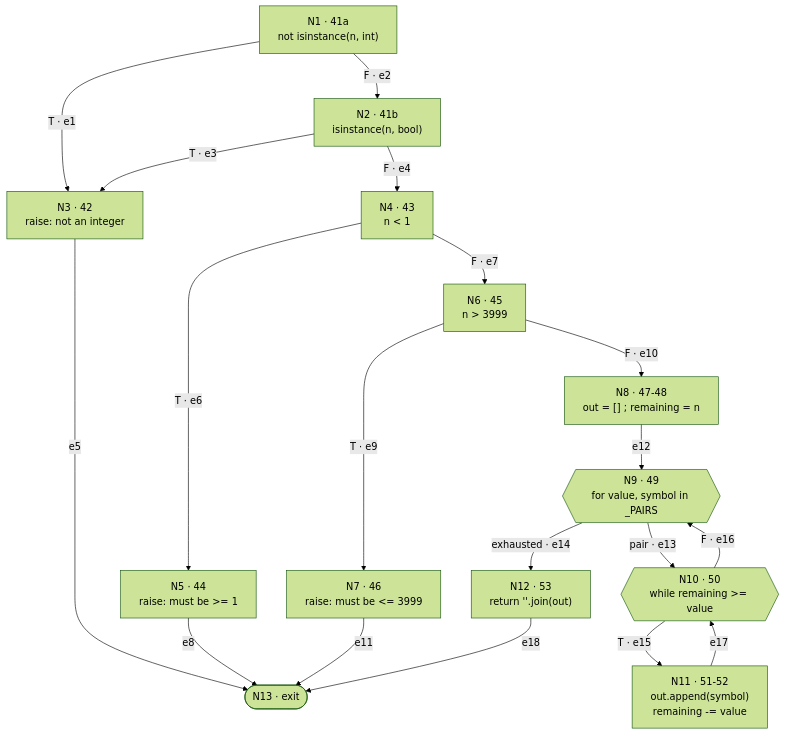
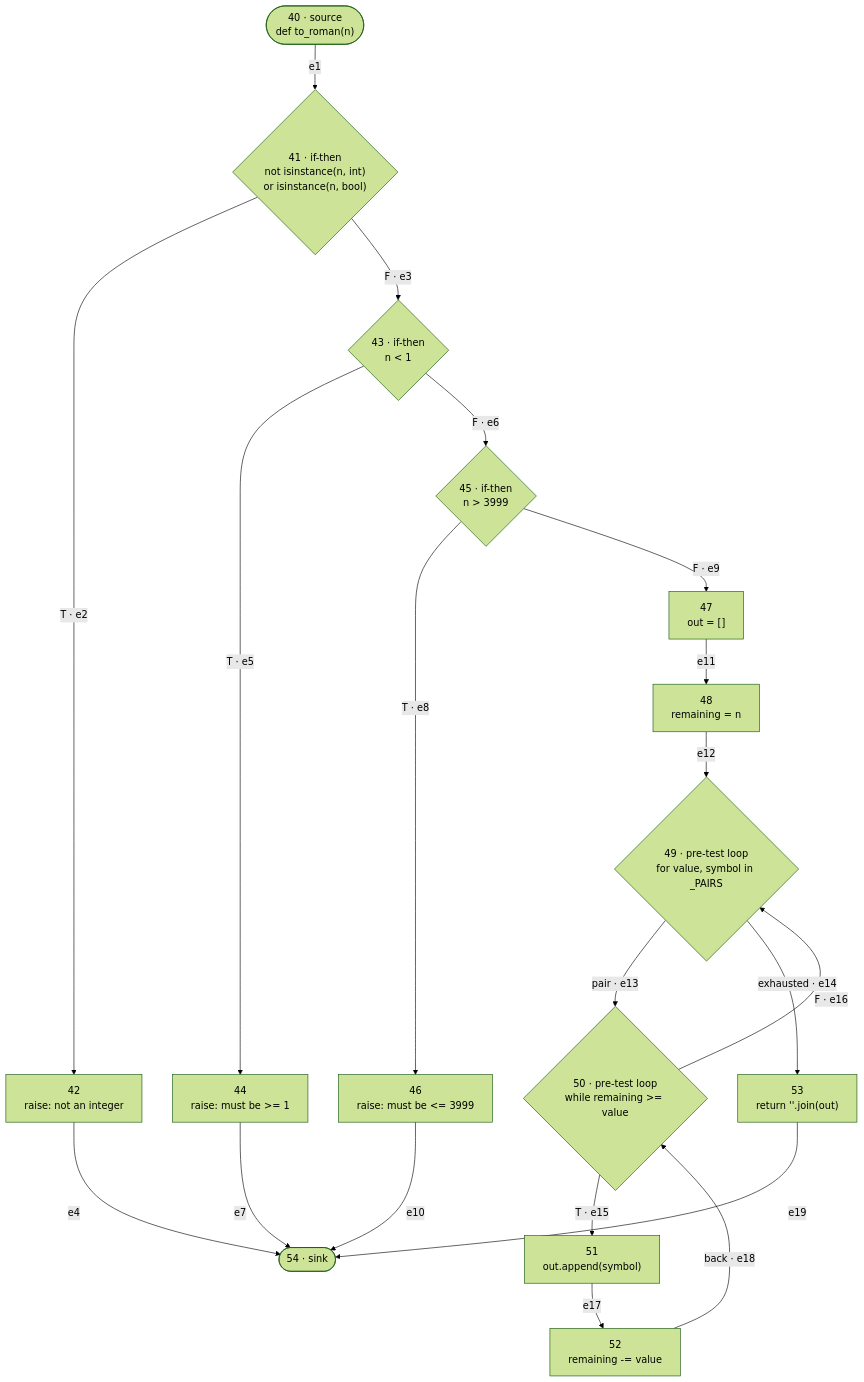
Before and after one commit to isabellaim/testing-cycle-roman-p1: the diagram in REPORT.md, drawn with Mermaid (forest theme). The commit also changed other lines of this file and 1 other file, not shown here.

First line of the commit message:
docs: redraw the program graph without decomposing the compound predicate

````diff
--- a/REPORT.md
+++ b/REPORT.md
@@ -111,35 +128,38 @@
 ```mermaid
 flowchart TD
-    N1["N1 · 41a<br/>not isinstance(n, int)"]
-    N2["N2 · 41b<br/>isinstance(n, bool)"]
-    N3["N3 · 42<br/>raise: not an integer"]
-    N4["N4 · 43<br/>n < 1"]
-    N5["N5 · 44<br/>raise: must be >= 1"]
-    N6["N6 · 45<br/>n > 3999"]
-    N7["N7 · 46<br/>raise: must be <= 3999"]
-    N8["N8 · 47-48<br/>out = [] ; remaining = n"]
-    N9{{"N9 · 49<br/>for value, symbol in _PAIRS"}}
-    N10{{"N10 · 50<br/>while remaining >= value"}}
-    N11["N11 · 51-52<br/>out.append(symbol)<br/>remaining -= value"]
-    N12["N12 · 53<br/>return ''.join(out)"]
-    N13(["N13 · exit"])
+    n40(["40 · source<br/>def to_roman(n)"])
+    n41{"41 · if-then<br/>not isinstance(n, int)<br/>or isinstance(n, bool)"}
+    n42["42<br/>raise: not an integer"]
+    n43{"43 · if-then<br/>n < 1"}
+    n44["44<br/>raise: must be >= 1"]
+    n45{"45 · if-then<br/>n > 3999"}
+    n46["46<br/>raise: must be <= 3999"]
+    n47["47<br/>out = []"]
+    n48["48<br/>remaining = n"]
+    n49{"49 · pre-test loop<br/>for value, symbol in _PAIRS"}
+    n50{"50 · pre-test loop<br/>while remaining >= value"}
+    n51["51<br/>out.append(symbol)"]
+    n52["52<br/>remaining -= value"]
+    n53["53<br/>return ''.join(out)"]
+    n54(["54 · sink"])
 
-    N1 -->|"T · e1"| N3
-    N1 -->|"F · e2"| N2
-    N2 -->|"T · e3"| N3
-    N2 -->|"F · e4"| N4
-    N3 -->|e5| N13
-    N4 -->|"T · e6"| N5
-    N4 -->|"F · e7"| N6
-    N5 -->|e8| N13
-    N6 -->|"T · e9"| N7
-    N6 -->|"F · e10"| N8
-    N7 -->|e11| N13
-    N8 -->|e12| N9
-    N9 -->|"pair · e13"| N10
-    N9 -->|"exhausted · e14"| N12
-    N10 -->|"T · e15"| N11
-    N10 -->|"F · e16"| N9
-    N11 -->|"e17"| N10
-    N12 -->|e18| N13
+    n40 -->|e1| n41
+    n41 -->|"T · e2"| n42
+    n41 -->|"F · e3"| n43
+    n42 -->|e4| n54
+    n43 -->|"T · e5"| n44
+    n43 -->|"F · e6"| n45
+    n44 -->|e7| n54
+    n45 -->|"T · e8"| n46
+    n45 -->|"F · e9"| n47
+    n46 -->|e10| n54
+    n47 -->|e11| n48
+    n48 -->|e12| n49
+    n49 -->|"pair · e13"| n50
+    n49 -->|"exhausted · e14"| n53
+    n50 -->|"T · e15"| n51
+    n50 -->|"F · e16"| n49
+    n51 -->|e17| n52
+    n52 -->|"back · e18"| n50
+    n53 -->|e19| n54
 ```
````
